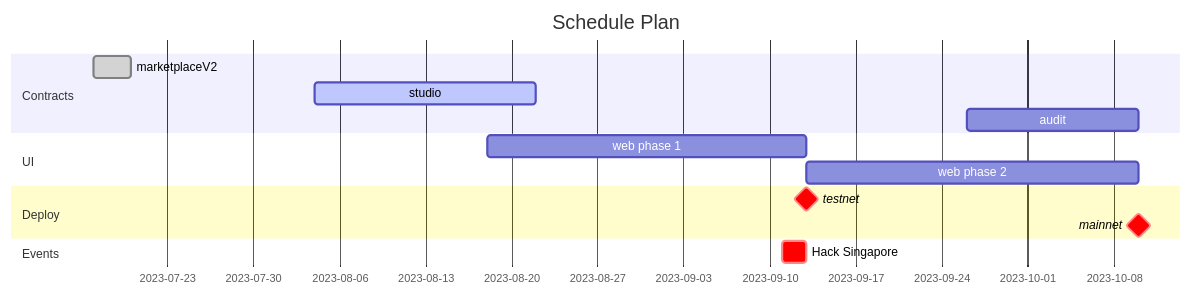
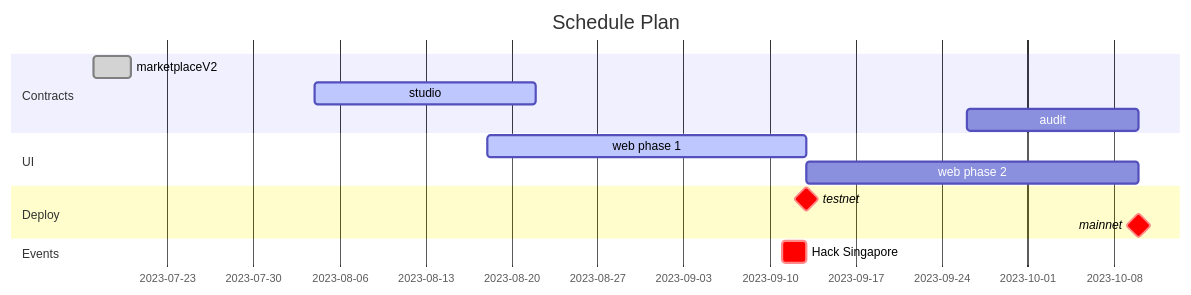
Before and after one commit to TowneSquare/TowneSpace-contract: the second of 2 diagrams in README.md, drawn with Mermaid. The commit also changed other lines of this file, not shown here.

````diff
--- a/README.md
+++ b/README.md
@@ -80,18 +80,18 @@
 ```mermaid
 gantt
     title Schedule Plan
     dateFormat  DD-MM-YYYY
     
     section Contracts
     marketplaceV2  :done, 17-07-2023, 3d
     studio   :active, 04-08-2023  , 18d
     audit   :26-09-2023 , 14d
     section UI 
-    web  phase 1:18-08-2023 , 26d
+    web  phase 1:active, 18-08-2023 , 26d
     web  phase 2:13-09-2023 , 27d
     section Deploy 
     testnet      : milestone, crit, 13-09-2023 ,
     mainnet      : milestone, crit, 10-10-2023 ,
     section Events
     Hack Singapore : crit, 11-09-2023, 2d
 ```
````
